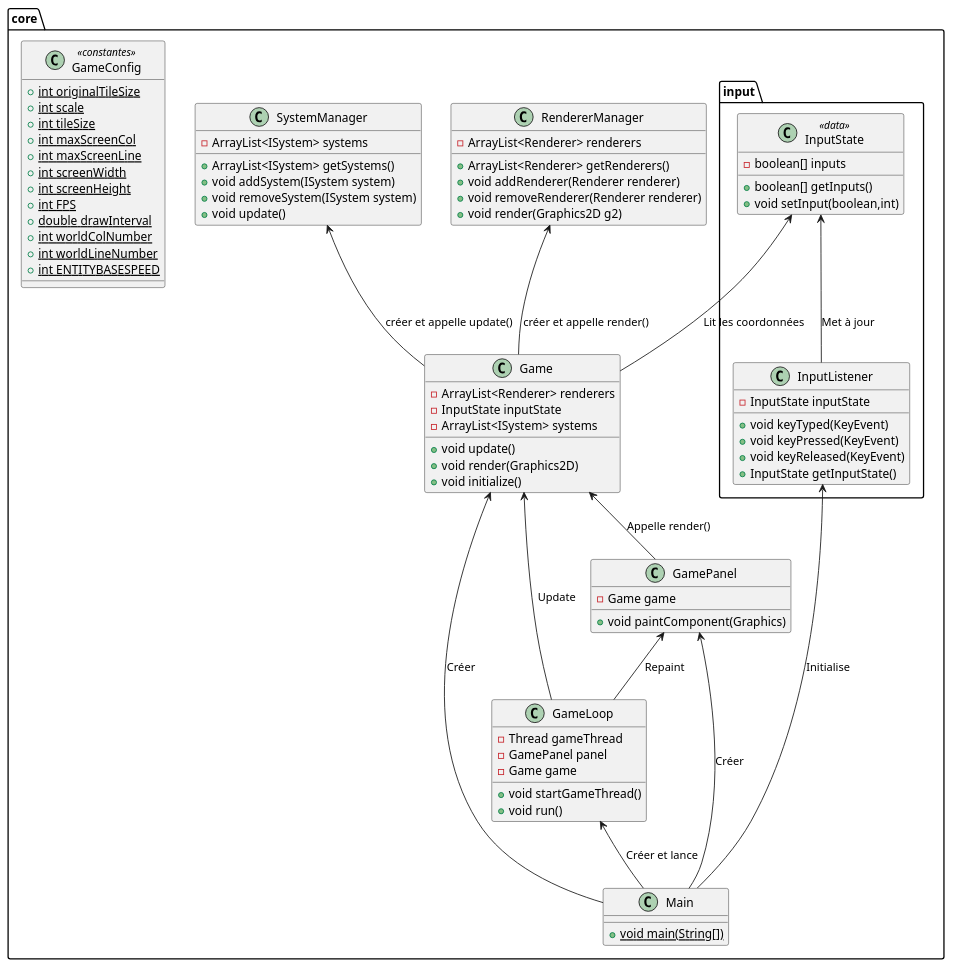
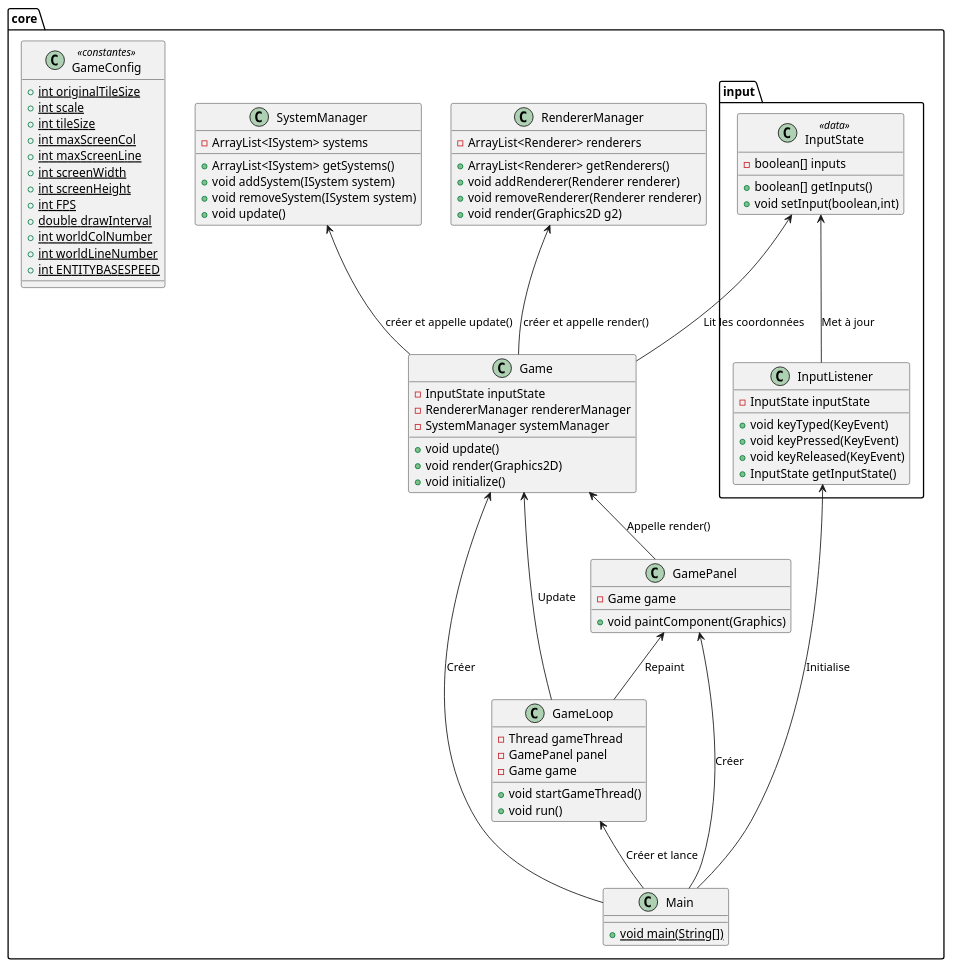
The diagram in src/core/core.puml (Basile-Morin/2DGame), drawn with PlantUML before and after one commit. The commit also changed 16 other files, not shown here.

```diff
--- a/src/core/core.puml
+++ b/src/core/core.puml
@@ -1,91 +1,91 @@
 @startuml
 
 class core.Game {
-- ArrayList<Renderer> renderers
 - InputState inputState
-- ArrayList<ISystem> systems
+- RendererManager rendererManager
+- SystemManager systemManager
 + void update()
 + void render(Graphics2D)
 + void initialize()
 }
 
 class core.RendererManager{
 - ArrayList<Renderer> renderers
 + ArrayList<Renderer> getRenderers()
 + void addRenderer(Renderer renderer)
 + void removeRenderer(Renderer renderer)
 + void render(Graphics2D g2)
 }
 
 class core.SystemManager{
 - ArrayList<ISystem> systems
 + ArrayList<ISystem> getSystems()
 + void addSystem(ISystem system)
 + void removeSystem(ISystem system)
 + void update()
 }
 
 class core.GameConfig  <<constantes>> {
 + {static} int originalTileSize
 + {static} int scale
 + {static} int tileSize
 + {static} int maxScreenCol
 + {static} int maxScreenLine
 + {static} int screenWidth
 + {static} int screenHeight
 + {static} int FPS
 + {static} double drawInterval
 + {static} int worldColNumber
 + {static} int worldLineNumber
 + {static} int ENTITYBASESPEED
 }
 
 class core.GamePanel {
 - Game game
 + void paintComponent(Graphics)
 }
 
 
 class core.Main {
 + {static} void main(String[])
 }
 
 class core.GameLoop {
 - Thread gameThread
 - GamePanel panel
 - Game game
 + void startGameThread()
 + void run()
 }
 
 class core.input.InputListener {
 - InputState inputState
 + void keyTyped(KeyEvent)
 + void keyPressed(KeyEvent)
 + void keyReleased(KeyEvent)
 + InputState getInputState()
 }
 
 class core.input.InputState <<data>> {
 - boolean[] inputs
 + boolean[] getInputs()
 + void setInput(boolean,int)
 }
 
 Game <-- Main : Créer
 GamePanel <-- Main : Créer
 GameLoop <-- Main : Créer et lance
 Game <-- GameLoop : Update
 GamePanel <-- GameLoop : Repaint
 Game <-- GamePanel : Appelle render()
 core.RendererManager <-- Game : créer et appelle render()
 core.SystemManager <-- Game : créer et appelle update()
 core.input.InputListener <-- Main : Initialise
 core.input.InputState <-- core.input.InputListener : Met à jour
 InputState <-- Game : Lit les coordonnées
 
 
 
 
 
 @enduml
```
